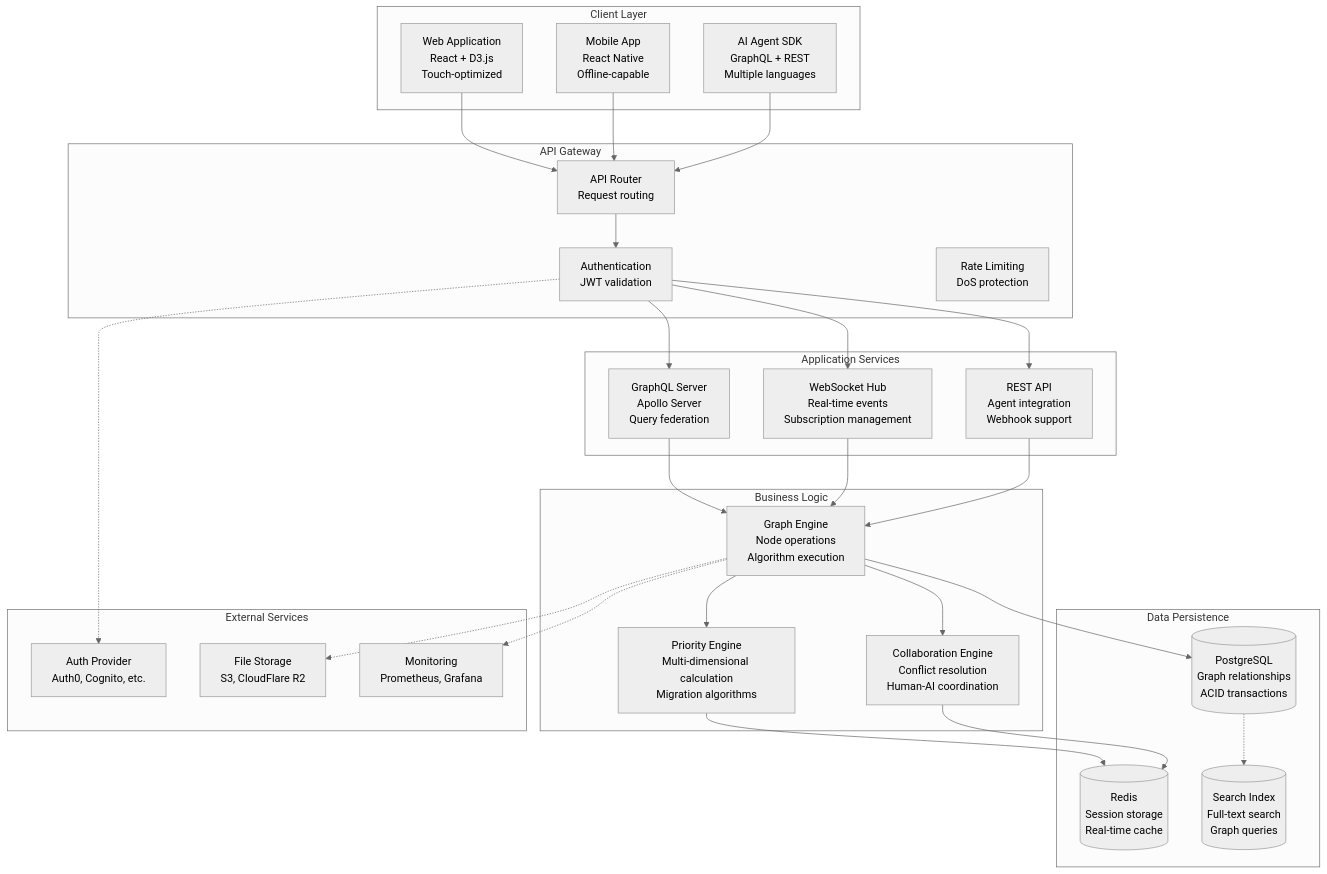
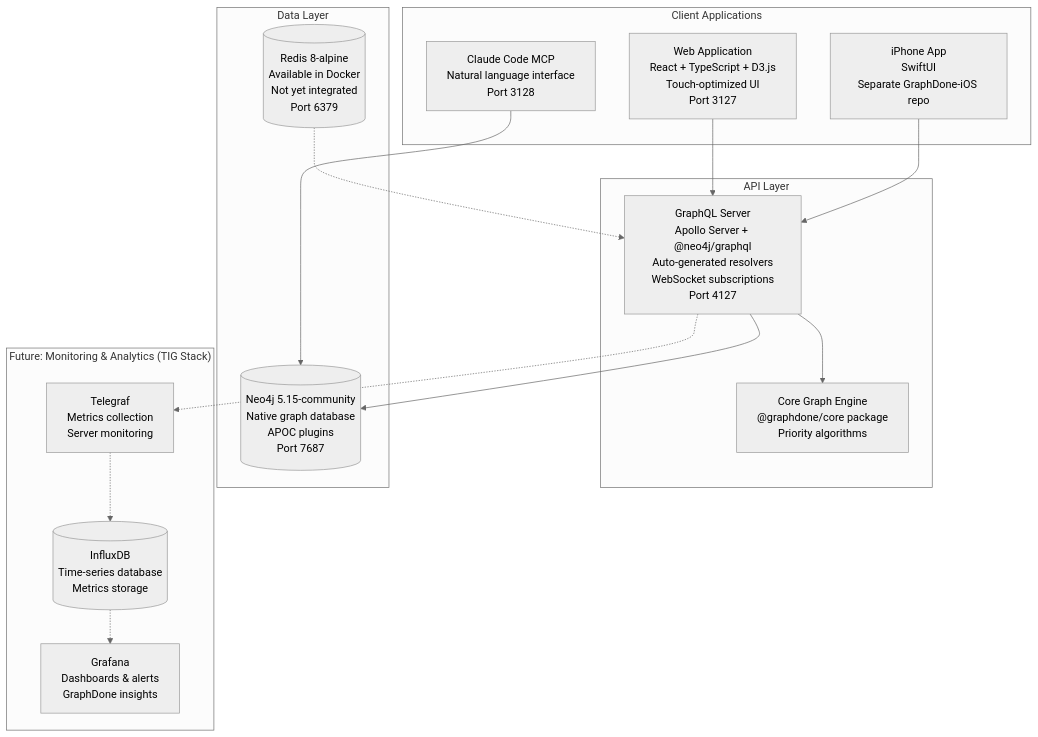
Before and after one commit to GraphDone/GraphDone-Core: the first of 8 diagrams in docs/guides/architecture-overview.md, drawn with Mermaid (neutral theme). The commit also changed other lines of this file and 5 other files, not shown here.

````diff
--- a/docs/guides/architecture-overview.md
+++ b/docs/guides/architecture-overview.md
@@ -15,63 +13,35 @@
 ```mermaid
 graph TB
-    subgraph "Client Layer"
-        WEB[Web Application<br/>React + D3.js<br/>Touch-optimized]
-        MOBILE[Mobile App<br/>React Native<br/>Offline-capable]
-        SDK[AI Agent SDK<br/>GraphQL + REST<br/>Multiple languages]
+    subgraph "Client Applications"
+        WEB[Web Application<br/>React + TypeScript + D3.js<br/>Touch-optimized UI<br/>Port 3127]
+        IOS[iPhone App<br/>SwiftUI<br/>Separate GraphDone-iOS repo]
+        CLAUDE[Claude Code MCP<br/>Natural language interface<br/>Port 3128]
     end
     
-    subgraph "API Gateway"
-        ROUTER[API Router<br/>Request routing]
-        AUTH[Authentication<br/>JWT validation]
-        RATE[Rate Limiting<br/>DoS protection]
+    subgraph "API Layer"
+        GQL[GraphQL Server<br/>Apollo Server + @neo4j/graphql<br/>Auto-generated resolvers<br/>WebSocket subscriptions<br/>Port 4127]
+        CORE[Core Graph Engine<br/>@graphdone/core package<br/>Priority algorithms]
     end
     
-    subgraph "Application Services"
-        GQL[GraphQL Server<br/>Apollo Server<br/>Query federation]
-        WS[WebSocket Hub<br/>Real-time events<br/>Subscription management]
-        REST[REST API<br/>Agent integration<br/>Webhook support]
+    subgraph "Data Layer"
+        NEO4J[(Neo4j 5.15-community<br/>Native graph database<br/>APOC plugins<br/>Port 7687)]
+        REDIS[(Redis 8-alpine<br/>Available in Docker<br/>Not yet integrated<br/>Port 6379)]
     end
     
-    subgraph "Business Logic"
-        GRAPH[Graph Engine<br/>Node operations<br/>Algorithm execution]
-        PRIORITY[Priority Engine<br/>Multi-dimensional calculation<br/>Migration algorithms]
-        COLLAB[Collaboration Engine<br/>Conflict resolution<br/>Human-AI coordination]
+    subgraph "Future: Monitoring & Analytics (TIG Stack)"
+        TELEGRAF[Telegraf<br/>Metrics collection<br/>Server monitoring]
+        INFLUXDB[(InfluxDB<br/>Time-series database<br/>Metrics storage)]  
+        GRAFANA[Grafana<br/>Dashboards & alerts<br/>GraphDone insights]
     end
     
-    subgraph "Data Persistence"
-        POSTGRES[(PostgreSQL<br/>Graph relationships<br/>ACID transactions)]
-        REDIS[(Redis<br/>Session storage<br/>Real-time cache)]
-        SEARCH[(Search Index<br/>Full-text search<br/>Graph queries)]
-    end
+    WEB --> GQL
+    IOS --> GQL
+    CLAUDE --> NEO4J
+    GQL --> NEO4J
+    GQL --> CORE
+    REDIS -.-> GQL
     
-    subgraph "External Services"
-        AUTH_PROVIDER[Auth Provider<br/>Auth0, Cognito, etc.]
-        FILE_STORAGE[File Storage<br/>S3, CloudFlare R2]
-        MONITORING[Monitoring<br/>Prometheus, Grafana]
-    end
-    
-    WEB --> ROUTER
-    MOBILE --> ROUTER
-    SDK --> ROUTER
-    
-    ROUTER --> AUTH
-    AUTH --> GQL
-    AUTH --> WS
-    AUTH --> REST
-    
-    GQL --> GRAPH
-    WS --> GRAPH
-    REST --> GRAPH
-    
-    GRAPH --> PRIORITY
-    GRAPH --> COLLAB
-    GRAPH --> POSTGRES
-    
-    PRIORITY --> REDIS
-    COLLAB --> REDIS
-    
-    POSTGRES -.-> SEARCH
-    AUTH -.-> AUTH_PROVIDER
-    GRAPH -.-> FILE_STORAGE
-    GRAPH -.-> MONITORING
+    GQL -.-> TELEGRAF
+    TELEGRAF -.-> INFLUXDB
+    INFLUXDB -.-> GRAFANA
 ```
````
